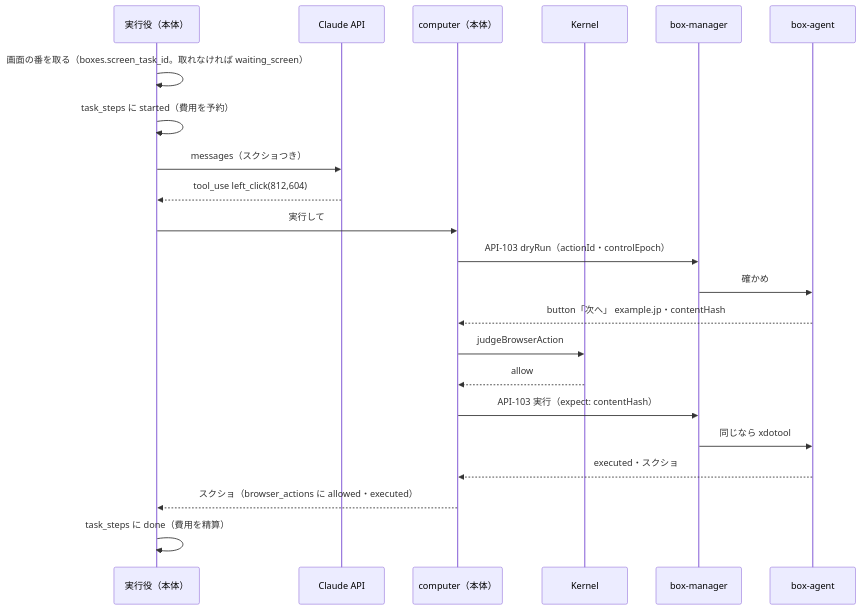
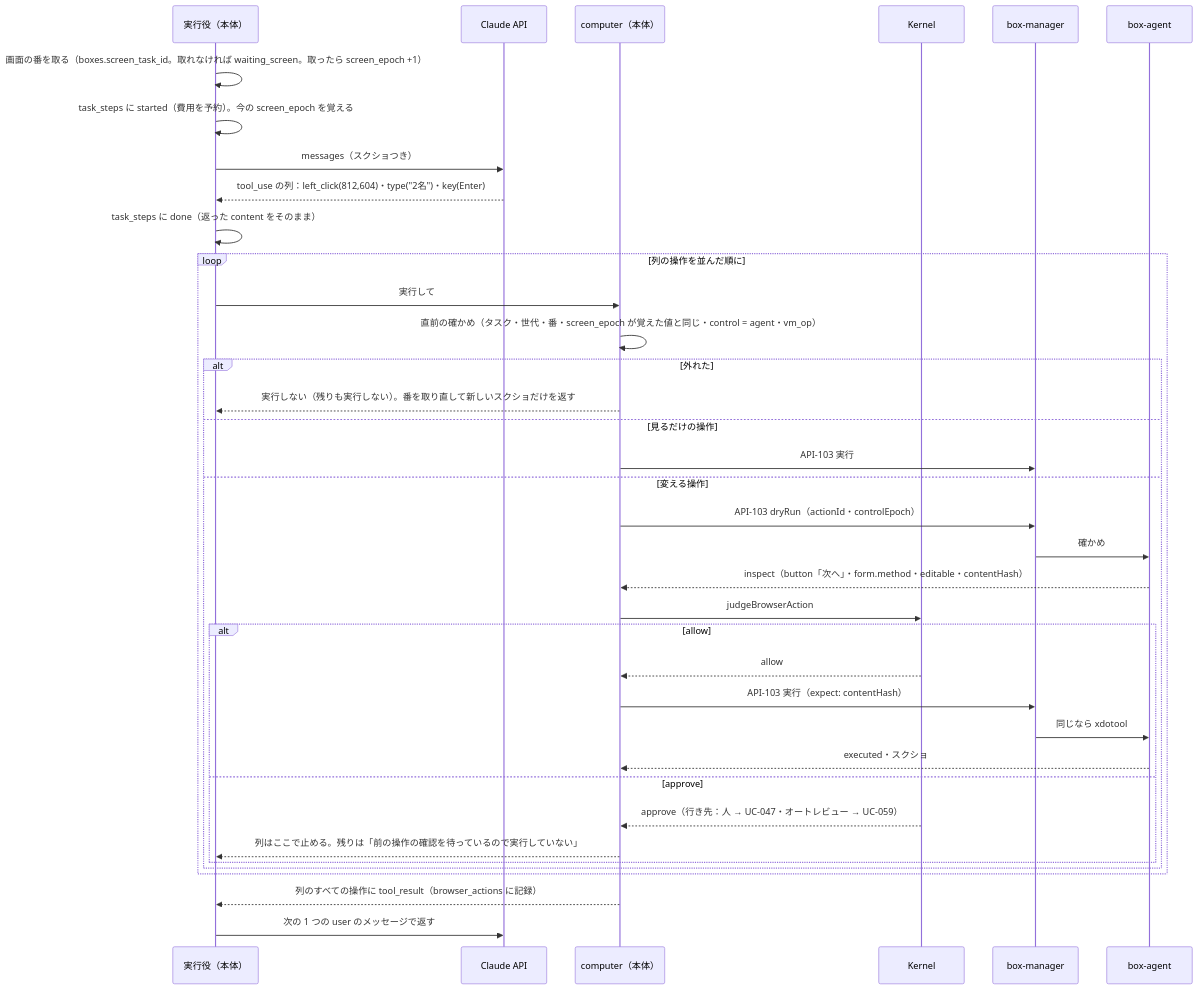
One commit to itiwoja/agent-team changed the eighth of 13 diagrams in docs/design/10_diagrams/sequences.md. Above: the diagram before and after it, drawn with Mermaid. The commit also changed other lines of this file and 32 other files, not shown here.

````diff
--- a/docs/design/10_diagrams/sequences.md
+++ b/docs/design/10_diagrams/sequences.md
@@ -154,24 +168,39 @@
 ```mermaid
 sequenceDiagram
  participant R as 実行役（本体）
  participant C as Claude API
  participant CU as computer（本体）
  participant K as Kernel
  participant BM as box-manager
  participant B as box-agent
- R->>R: 画面の番を取る（boxes.screen_task_id。取れなければ waiting_screen）
- R->>R: task_steps に started（費用を予約）
+ R->>R: 画面の番を取る（boxes.screen_task_id。取れなければ waiting_screen。取ったら screen_epoch +1）
+ R->>R: task_steps に started（費用を予約）。今の screen_epoch を覚える
  R->>C: messages（スクショつき）
- C-->>R: tool_use left_click(812,604)
- R->>CU: 実行して
- CU->>BM: API-103 dryRun（actionId・controlEpoch）
- BM->>B: 確かめ
- B-->>CU: button「次へ」 example.jp・contentHash
- CU->>K: judgeBrowserAction
- K-->>CU: allow
- CU->>BM: API-103 実行（expect: contentHash）
- BM->>B: 同じなら xdotool
- B-->>CU: executed・スクショ
- CU-->>R: スクショ（browser_actions に allowed・executed）
- R->>R: task_steps に done（費用を精算）
+ C-->>R: tool_use の列：left_click(812,604)・type("2名")・key(Enter)
+ R->>R: task_steps に done（返った content をそのまま）
+ loop 列の操作を並んだ順に
+  R->>CU: 実行して
+  CU->>CU: 直前の確かめ（タスク・世代・番・screen_epoch が覚えた値と同じ・control = agent・vm_op）
+  alt 外れた
+   CU-->>R: 実行しない（残りも実行しない）。番を取り直して新しいスクショだけを返す
+  else 見るだけの操作
+   CU->>BM: API-103 実行
+  else 変える操作
+   CU->>BM: API-103 dryRun（actionId・controlEpoch）
+   BM->>B: 確かめ
+   B-->>CU: inspect（button「次へ」・form.method・editable・contentHash）
+   CU->>K: judgeBrowserAction
+   alt allow
+    K-->>CU: allow
+    CU->>BM: API-103 実行（expect: contentHash）
+    BM->>B: 同じなら xdotool
+    B-->>CU: executed・スクショ
+   else approve
+    K-->>CU: approve（行き先：人 → UC-047・オートレビュー → UC-059）
+    CU-->>R: 列はここで止める。残りは「前の操作の確認を待っているので実行していない」
+   end
+  end
+ end
+ CU-->>R: 列のすべての操作に tool_result（browser_actions に記録）
+ R->>C: 次の 1 つの user のメッセージで返す
 ```
````
